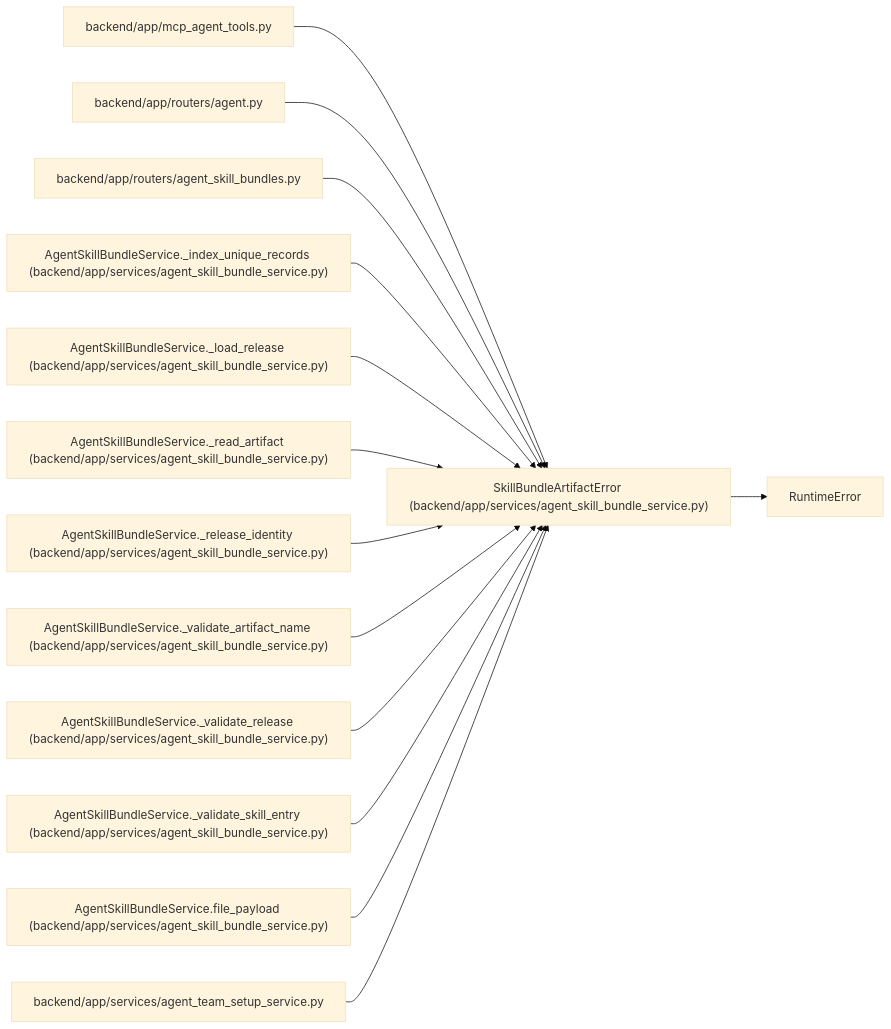
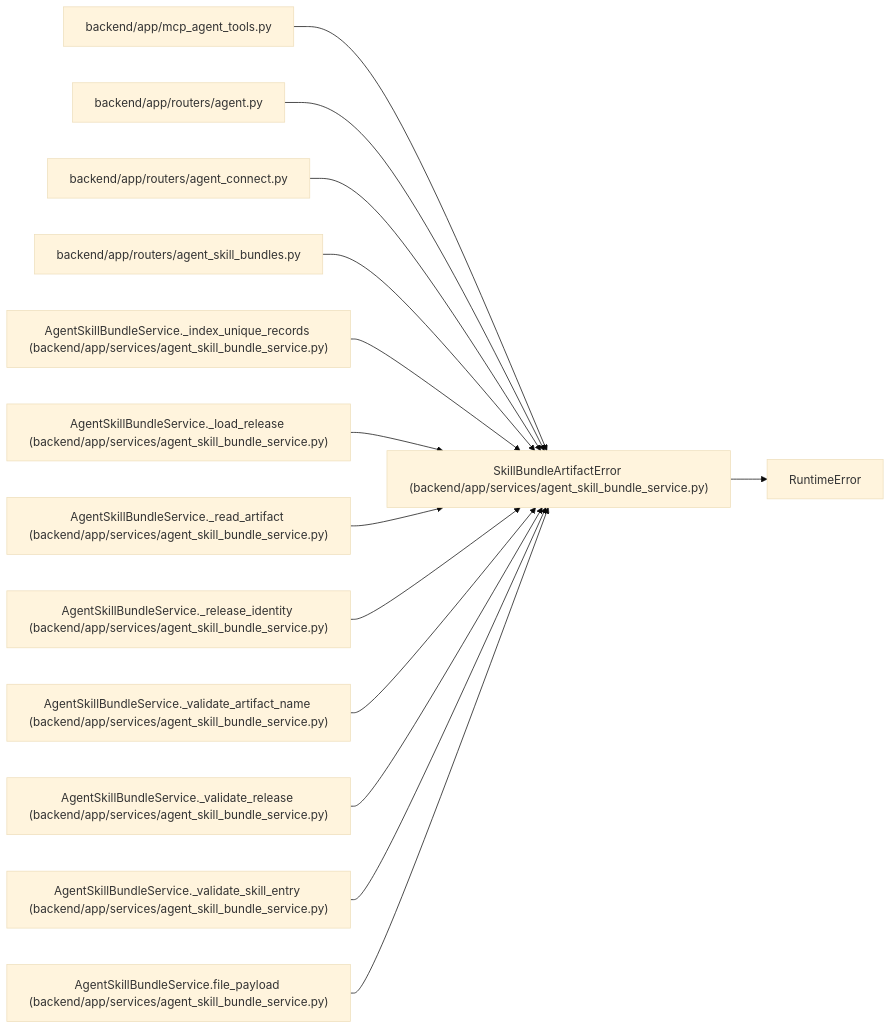
Before and after one commit to Denissvgn/WorkChord: the diagram in docs/llm_wiki/entities/SkillBundleArtifactError.md, drawn with Mermaid (base theme). The commit also changed other lines of this file and 732 other files, not shown here.

Commit message:
docs(wiki): refresh for agent key delivery and the connect hint

````diff
--- a/docs/llm_wiki/entities/SkillBundleArtifactError.md
+++ b/docs/llm_wiki/entities/SkillBundleArtifactError.md
@@ -23,43 +23,43 @@
 ```mermaid
 flowchart LR
     n0["SkillBundleArtifactError (backend/app/services/agent_skill_bundle_service.py)"]
     n1["RuntimeError"]
     n2["backend/app/mcp_agent_tools.py"]
     n3["backend/app/routers/agent.py"]
-    n4["backend/app/routers/agent_skill_bundles.py"]
-    n5["AgentSkillBundleService._index_unique_records (backend/app/services/agent_skill_bundle_service.py)"]
-    n6["AgentSkillBundleService._load_release (backend/app/services/agent_skill_bundle_service.py)"]
-    n7["AgentSkillBundleService._read_artifact (backend/app/services/agent_skill_bundle_service.py)"]
-    n8["AgentSkillBundleService._release_identity (backend/app/services/agent_skill_bundle_service.py)"]
-    n9["AgentSkillBundleService._validate_artifact_name (backend/app/services/agent_skill_bundle_service.py)"]
-    n10["AgentSkillBundleService._validate_release (backend/app/services/agent_skill_bundle_service.py)"]
-    n11["AgentSkillBundleService._validate_skill_entry (backend/app/services/agent_skill_bundle_service.py)"]
-    n12["AgentSkillBundleService.file_payload (backend/app/services/agent_skill_bundle_service.py)"]
-    n13["backend/app/services/agent_team_setup_service.py"]
+    n4["backend/app/routers/agent_connect.py"]
+    n5["backend/app/routers/agent_skill_bundles.py"]
+    n6["AgentSkillBundleService._index_unique_records (backend/app/services/agent_skill_bundle_service.py)"]
+    n7["AgentSkillBundleService._load_release (backend/app/services/agent_skill_bundle_service.py)"]
+    n8["AgentSkillBundleService._read_artifact (backend/app/services/agent_skill_bundle_service.py)"]
+    n9["AgentSkillBundleService._release_identity (backend/app/services/agent_skill_bundle_service.py)"]
+    n10["AgentSkillBundleService._validate_artifact_name (backend/app/services/agent_skill_bundle_service.py)"]
+    n11["AgentSkillBundleService._validate_release (backend/app/services/agent_skill_bundle_service.py)"]
+    n12["AgentSkillBundleService._validate_skill_entry (backend/app/services/agent_skill_bundle_service.py)"]
+    n13["AgentSkillBundleService.file_payload (backend/app/services/agent_skill_bundle_service.py)"]
     n0 --> n1
     n2 --> n0
     n3 --> n0
     n4 --> n0
     n5 --> n0
     n6 --> n0
     n7 --> n0
     n8 --> n0
     n9 --> n0
     n10 --> n0
     n11 --> n0
     n12 --> n0
     n13 --> n0
     click n0 "../modules/agent_skill_bundle_service.md"
     click n2 "../modules/mcp_agent_tools.md"
     click n3 "../modules/routers_agent.md"
-    click n4 "../modules/agent_skill_bundles.md"
-    click n5 "../modules/agent_skill_bundle_service.md"
+    click n4 "../modules/routers_agent_connect.md"
+    click n5 "../modules/agent_skill_bundles.md"
     click n6 "../modules/agent_skill_bundle_service.md"
     click n7 "../modules/agent_skill_bundle_service.md"
     click n8 "../modules/agent_skill_bundle_service.md"
     click n9 "../modules/agent_skill_bundle_service.md"
     click n10 "../modules/agent_skill_bundle_service.md"
     click n11 "../modules/agent_skill_bundle_service.md"
     click n12 "../modules/agent_skill_bundle_service.md"
-    click n13 "../modules/agent_team_setup_service.md"
+    click n13 "../modules/agent_skill_bundle_service.md"
 ```
````
